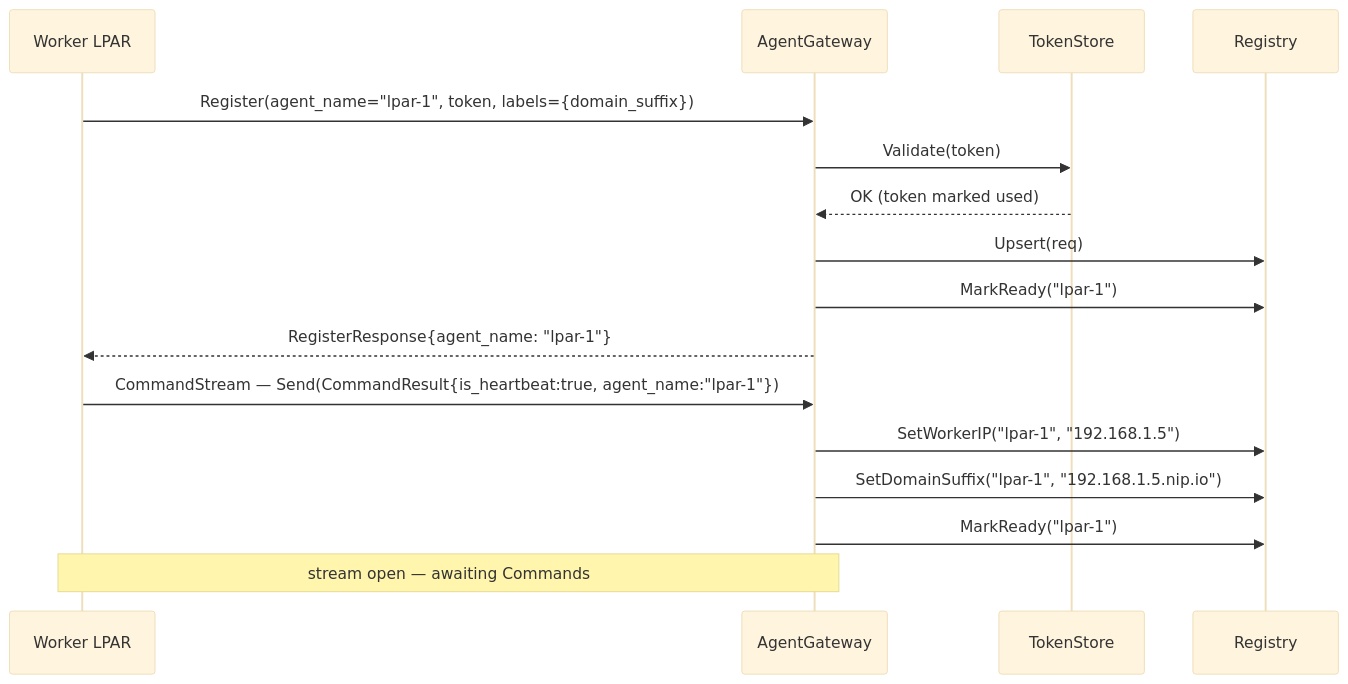
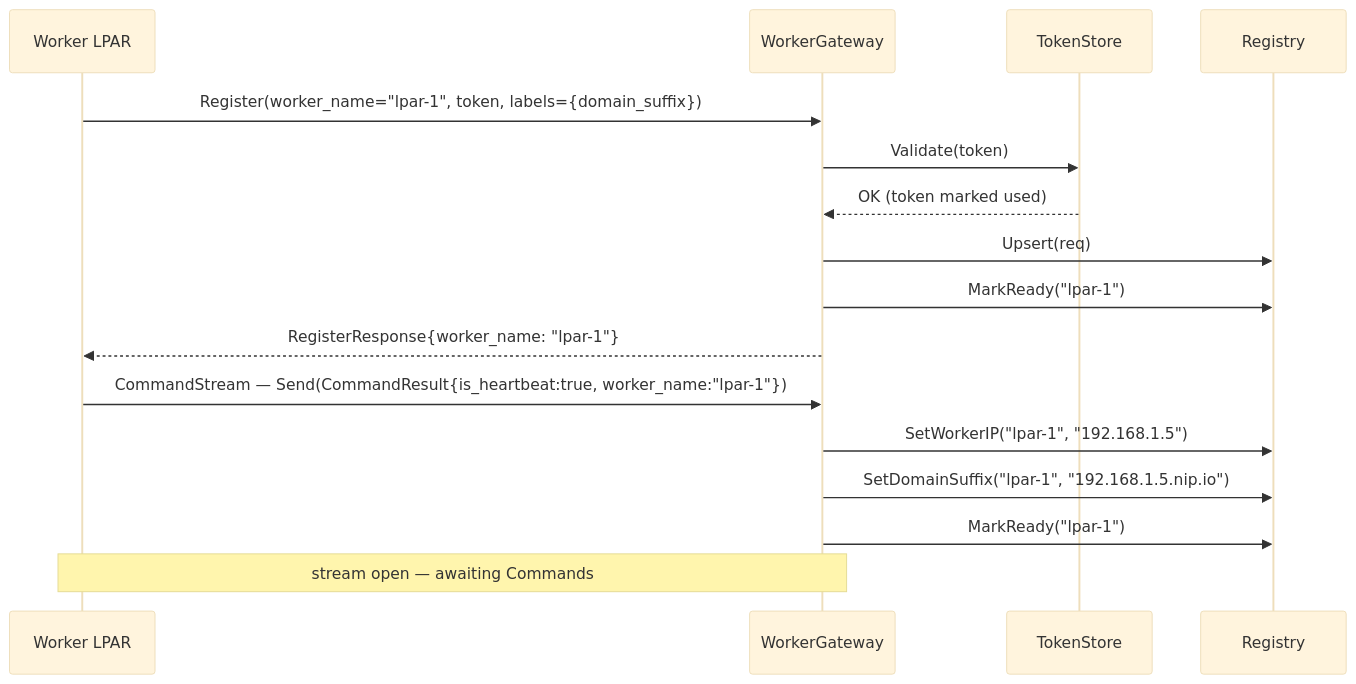
One commit to IBM/project-ai-services changed the third of 5 diagrams in docs/proposals/catalog/remote-worker-agent-proposal.md. Above: the diagram before and after it, drawn with Mermaid (base theme). The commit also changed other lines of this file, not shown here.

Commit message:
Change from agent configure/start to worker join

````diff
--- a/docs/proposals/catalog/remote-worker-agent-proposal.md
+++ b/docs/proposals/catalog/remote-worker-agent-proposal.md
@@ -269,20 +268,20 @@
 ```mermaid
 sequenceDiagram
     participant W as Worker LPAR
-    participant GW as AgentGateway
+    participant GW as WorkerGateway
     participant TS as TokenStore
     participant REG as Registry
 
-    W->>GW: Register(agent_name="lpar-1", token, labels={domain_suffix})
+    W->>GW: Register(worker_name="lpar-1", token, labels={domain_suffix})
     GW->>TS: Validate(token)
     TS-->>GW: OK (token marked used)
     GW->>REG: Upsert(req)
     GW->>REG: MarkReady("lpar-1")
-    GW-->>W: RegisterResponse{agent_name: "lpar-1"}
+    GW-->>W: RegisterResponse{worker_name: "lpar-1"}
 
-    W->>GW: CommandStream — Send(CommandResult{is_heartbeat:true, agent_name:"lpar-1"})
+    W->>GW: CommandStream — Send(CommandResult{is_heartbeat:true, worker_name:"lpar-1"})
     GW->>REG: SetWorkerIP("lpar-1", "192.168.1.5")
     GW->>REG: SetDomainSuffix("lpar-1", "192.168.1.5.nip.io")
     GW->>REG: MarkReady("lpar-1")
     Note over W,GW: stream open — awaiting Commands
 ```
````
